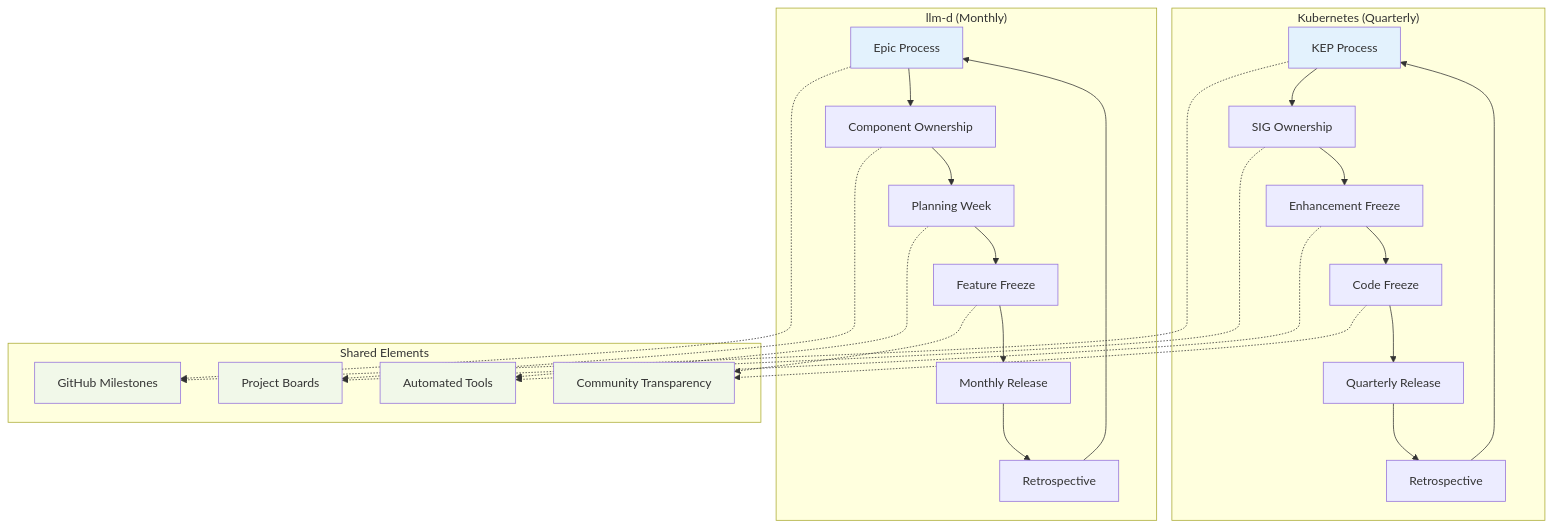
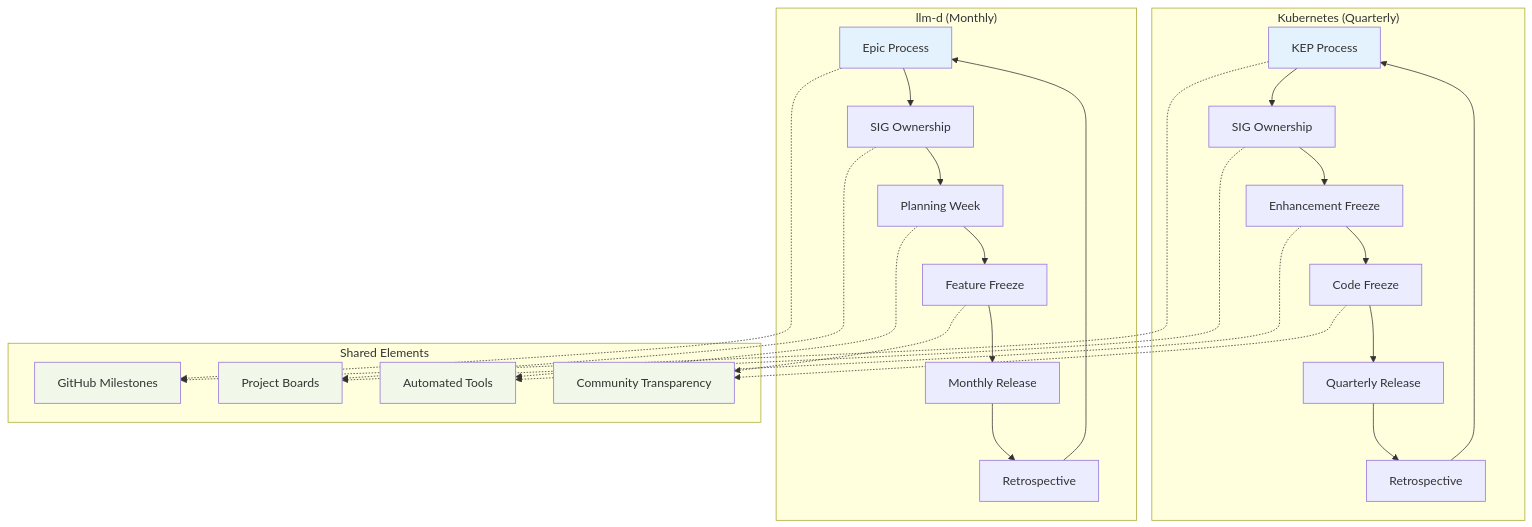
The fifth of 6 diagrams in README.md (jeremyeder/project-test-llm-d), drawn with Mermaid before and after one commit. The commit also changed other lines of this file, not shown here.

````diff
--- a/README.md
+++ b/README.md
@@ -117,44 +117,44 @@
 ```mermaid
 flowchart TD
     subgraph "Kubernetes (Quarterly)"
         K1[KEP Process] --> K2[SIG Ownership]
         K2 --> K3[Enhancement Freeze]
         K3 --> K4[Code Freeze]
         K4 --> K5[Quarterly Release]
         K5 --> K6[Retrospective]
         K6 --> K1
     end
     
     subgraph "llm-d (Monthly)"
-        L1[Epic Process] --> L2[Component Ownership]
+        L1[Epic Process] --> L2[SIG Ownership]
         L2 --> L3[Planning Week]
         L3 --> L4[Feature Freeze]
         L4 --> L5[Monthly Release]
         L5 --> L6[Retrospective]
         L6 --> L1
     end
     
     subgraph "Shared Elements"
         S1[GitHub Milestones]
         S2[Project Boards]
         S3[Automated Tools]
         S4[Community Transparency]
     end
     
     K1 -.-> S1
     K2 -.-> S2
     K3 -.-> S3
     K4 -.-> S4
     
     L1 -.-> S1
     L2 -.-> S2
     L3 -.-> S3
     L4 -.-> S4
     
     style K1 fill:#e3f2fd
     style L1 fill:#e3f2fd
     style S1 fill:#f1f8e9
     style S2 fill:#f1f8e9
     style S3 fill:#f1f8e9
     style S4 fill:#f1f8e9
 ```
````
